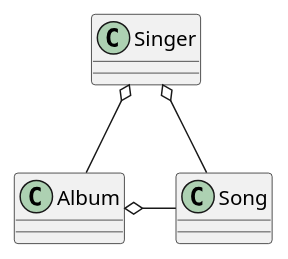
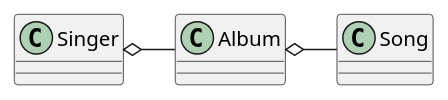
The diagram in docs/class.puml (appkr/msa-starter-example), drawn with PlantUML before and after one commit. The commit also changed 1 other file, not shown here.

Commit message:
uml revised

```diff
--- a/docs/class.puml
+++ b/docs/class.puml
@@ -1,13 +1,12 @@
 @startuml
 
 class Singer {}
 
 class Album {}
 
 class Song {}
 
-Singer o-down- Album
-Singer o-down- Song
+Singer o- Album
 Album o- Song
 
 @enduml
```
